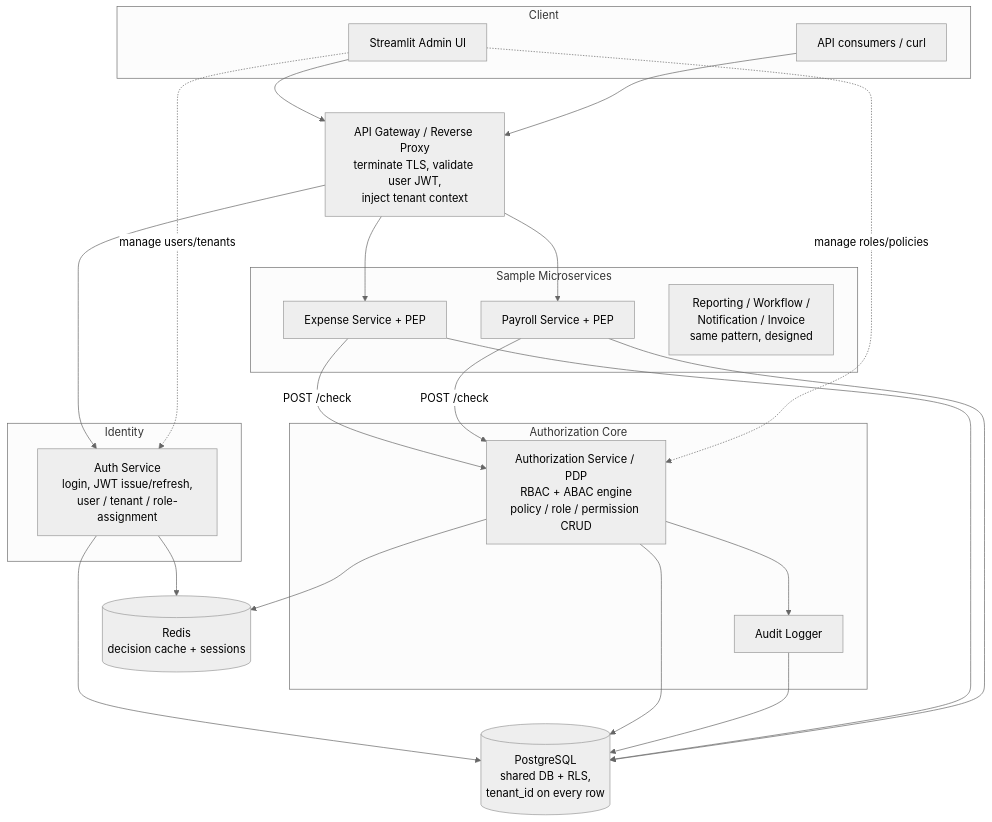
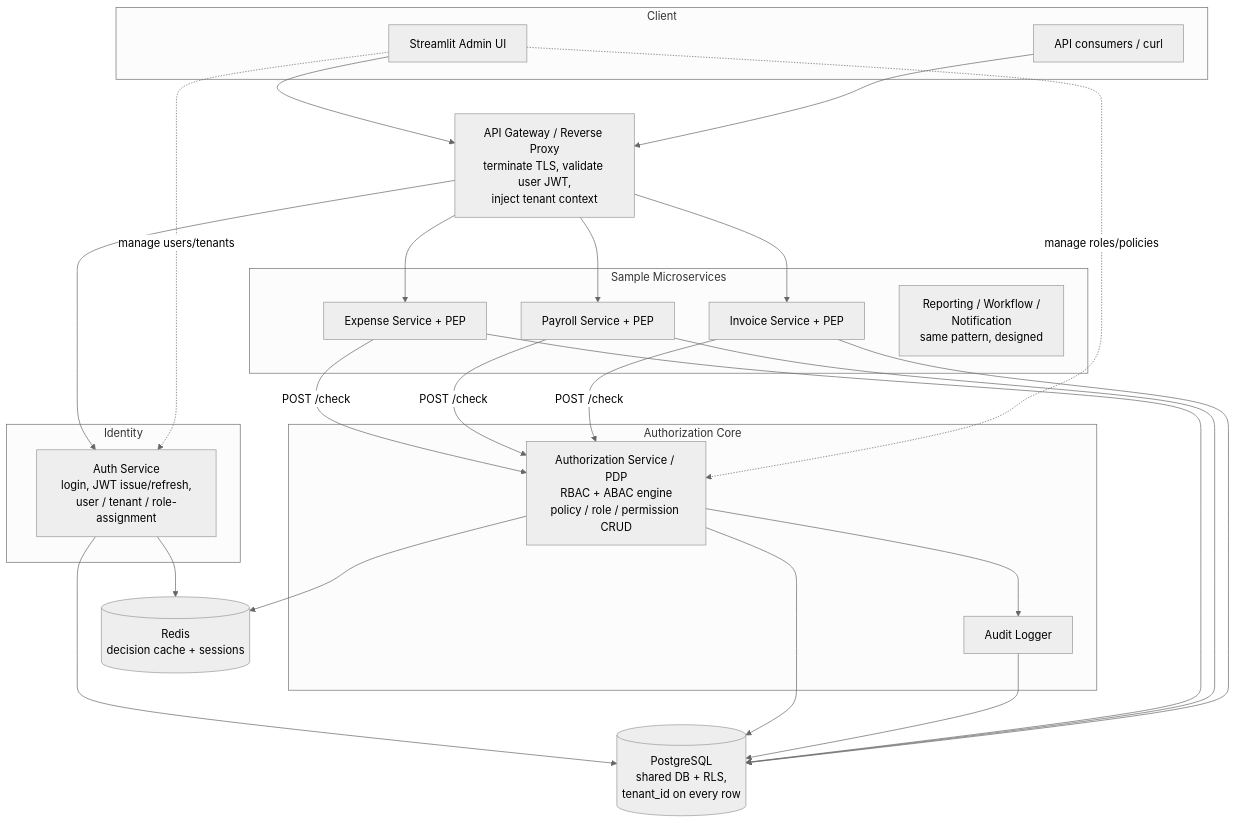
Before and after one commit to Naamsukh/payoneer-take-home-assignment: the first of 7 diagrams in docs/DESIGN.md, drawn with Mermaid (neutral theme). The commit also changed other lines of this file and 11 other files, not shown here.

First line of the commit message:
docs: refresh for Invoice service + recent hardening

````diff
--- a/docs/DESIGN.md
+++ b/docs/DESIGN.md
@@ -111,45 +111,49 @@
 ```mermaid
 flowchart TB
     subgraph Client
       UI[Streamlit Admin UI]
       EXT[API consumers / curl]
     end
 
     GW[API Gateway / Reverse Proxy<br/>terminate TLS, validate user JWT,<br/>inject tenant context]
 
     subgraph Identity
       AUTH[Auth Service<br/>login, JWT issue/refresh,<br/>user / tenant / role-assignment]
     end
 
     subgraph AuthZCore[Authorization Core]
       PDP[Authorization Service / PDP<br/>RBAC + ABAC engine<br/>policy / role / permission CRUD]
       AUDIT[Audit Logger]
     end
 
     subgraph BusinessSvcs[Sample Microservices]
       EXP[Expense Service + PEP]
       PAY[Payroll Service + PEP]
-      OTHERS[Reporting / Workflow /<br/>Notification / Invoice<br/>same pattern, designed]
+      INV[Invoice Service + PEP]
+      OTHERS[Reporting / Workflow /<br/>Notification<br/>same pattern, designed]
     end
 
     DB[(PostgreSQL<br/>shared DB + RLS,<br/>tenant_id on every row)]
     CACHE[(Redis<br/>decision cache + sessions)]
 
     UI --> GW
     EXT --> GW
     GW --> AUTH
     GW --> EXP
     GW --> PAY
+    GW --> INV
     EXP -- POST /check --> PDP
     PAY -- POST /check --> PDP
+    INV -- POST /check --> PDP
     AUTH --> DB
     AUTH --> CACHE
     PDP --> DB
     PDP --> CACHE
     PDP --> AUDIT
     AUDIT --> DB
     EXP --> DB
     PAY --> DB
+    INV --> DB
     UI -. manage roles/policies .-> PDP
     UI -. manage users/tenants .-> AUTH
 ```
````
